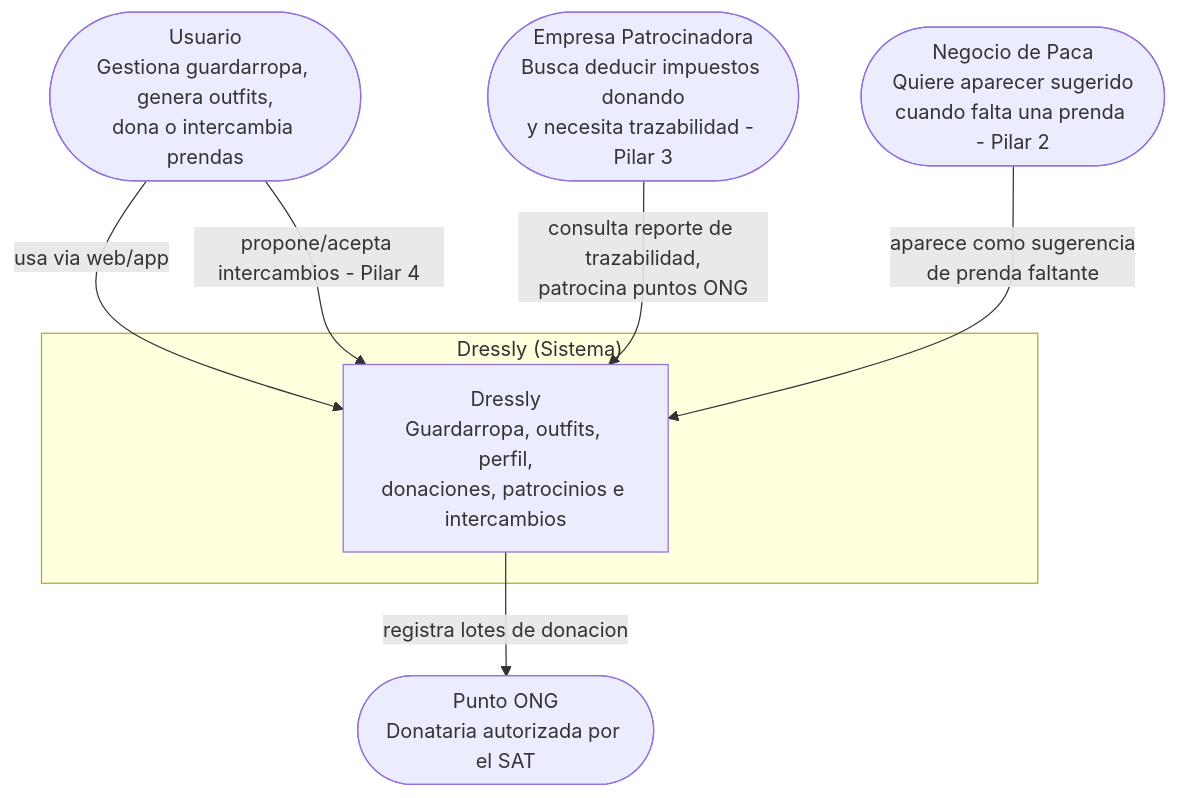
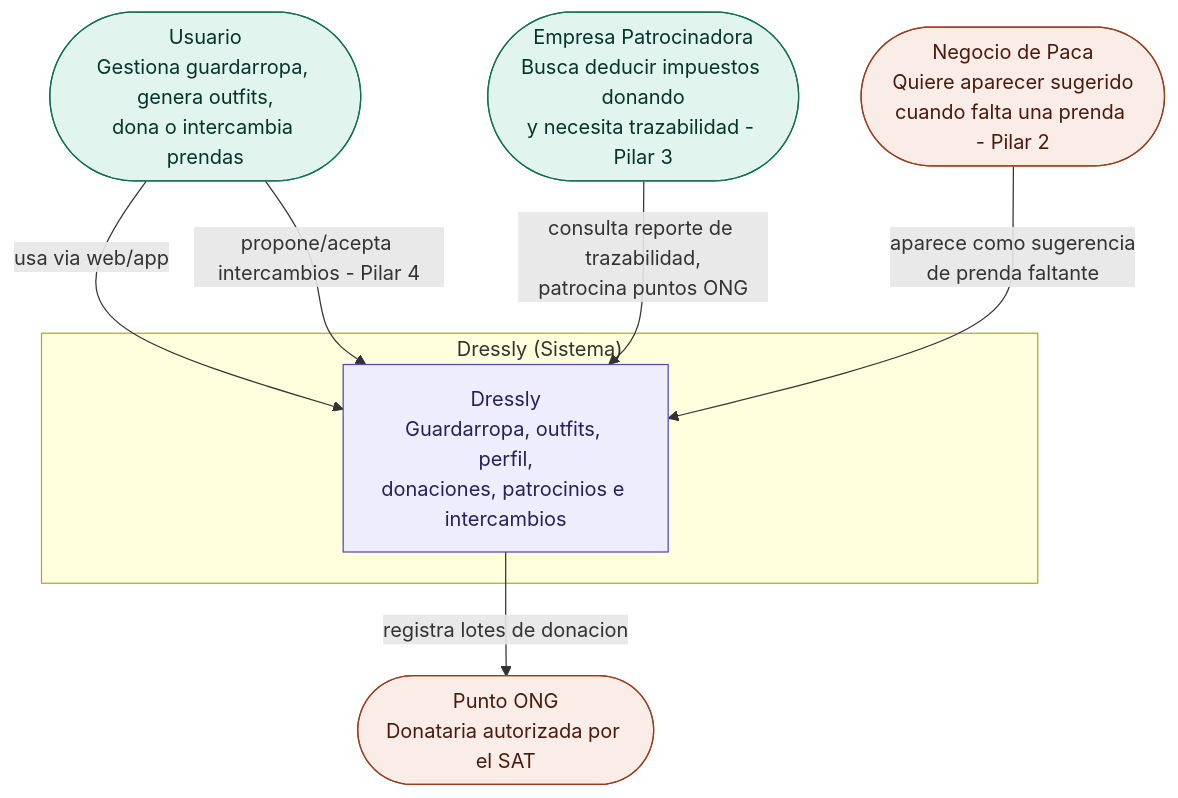
One commit to GiovanaTSW/ADR-01-Giovana-Diaz changed the diagram in diagramasC4.md. Above: the diagram before and after it, drawn with Mermaid. The commit also changed other lines of this file, not shown here.

Commit message:
feat: diagrama nivel 1

````diff
--- a/diagramasC4.md
+++ b/diagramasC4.md
@@ -12,17 +12,23 @@
 ```mermaid
 flowchart TD
     USR(["Usuario\nGestiona guardarropa, genera outfits,\ndona o intercambia prendas"])
     EMP(["Empresa Patrocinadora\nBusca deducir impuestos donando\ny necesita trazabilidad - Pilar 3"])
     NEG(["Negocio de Paca\nQuiere aparecer sugerido\ncuando falta una prenda - Pilar 2"])
     ONG(["Punto ONG\nDonataria autorizada por el SAT"])
-
     subgraph SIS["Dressly (Sistema)"]
         DR["Dressly\nGuardarropa, outfits, perfil,\ndonaciones, patrocinios e intercambios"]
     end
-
     USR -->|"usa via web/app"| DR
     USR -->|"propone/acepta intercambios - Pilar 4"| DR
     EMP -->|"consulta reporte de trazabilidad,\npatrocina puntos ONG"| DR
     NEG -->|"aparece como sugerencia\nde prenda faltante"| DR
     DR -->|"registra lotes de donacion"| ONG
+
+    classDef persona fill:#E1F5EE,stroke:#0F6E56,color:#04342C
+    classDef sistema fill:#EEEDFE,stroke:#534AB7,color:#26215C
+    classDef externo fill:#FAECE7,stroke:#993C1D,color:#4A1B0C
+
+    class USR,EMP persona
+    class DR sistema
+    class NEG,ONG externo
 ```
````
